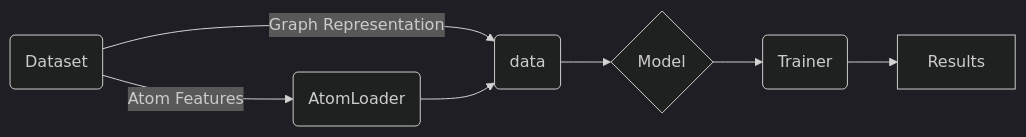
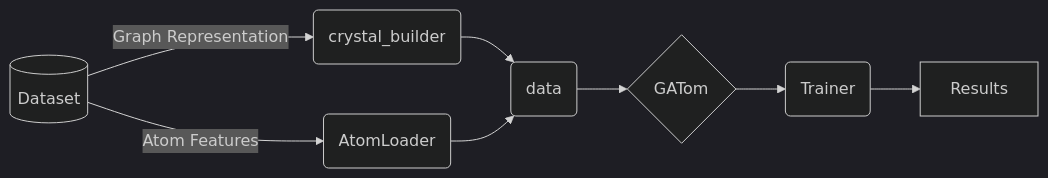
The diagram in README.md (EduMolinero/GATom), drawn with Mermaid (dark theme) before and after one commit. The commit also changed other lines of this file, not shown here.

````diff
--- a/README.md
+++ b/README.md
@@ -51,9 +54,10 @@
 ```mermaid
 flowchart LR;
-    A(Dataset) -->|Atom Features| B(AtomLoader);
-    A -->|Graph Representation| C(data);
+    A[(Dataset)] -->|Atom Features| B(AtomLoader);
+    A -->|Graph Representation| G(crystal_builder);
+    G --> C(data);
     B --> C;
-    C --> D{Model};
+    C --> D{GATom};
     D --> E(Trainer);
     E --> F[Results];
 ```
````
